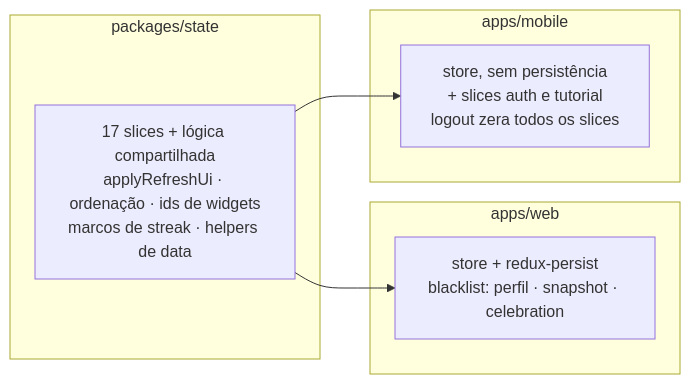
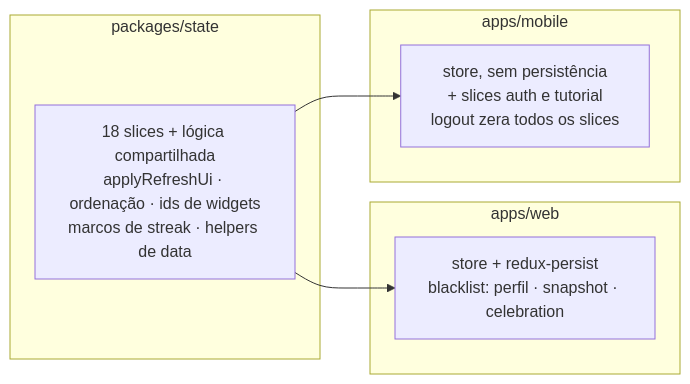
One commit to AndDev741/Beyou-arch-design changed the first of 2 diagrams in architecture/redux-data/pt.md. Above: the diagram before and after it, drawn with Mermaid. The commit also changed other lines of this file and 7 other files, not shown here.

````diff
--- a/architecture/redux-data/pt.md
+++ b/architecture/redux-data/pt.md
@@ -12,17 +12,17 @@
 ```mermaid
 flowchart LR
   subgraph pkg["packages/state"]
-    SLICES["17 slices + lógica compartilhada<br/>applyRefreshUi · ordenação · ids de widgets<br/>marcos de streak · helpers de data"]
+    SLICES["18 slices + lógica compartilhada<br/>applyRefreshUi · ordenação · ids de widgets<br/>marcos de streak · helpers de data"]
   end
 
   subgraph web["apps/web"]
     WSTORE["store + redux-persist<br/>blacklist: perfil · snapshot · celebration"]
   end
 
   subgraph mobile["apps/mobile"]
     MSTORE["store, sem persistência<br/>+ slices auth e tutorial<br/>logout zera todos os slices"]
   end
 
   SLICES --> WSTORE
   SLICES --> MSTORE
 ```
````
